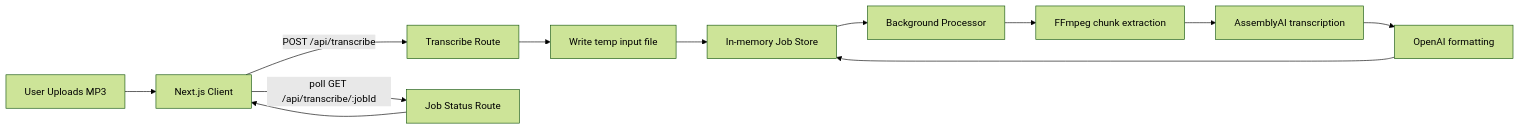
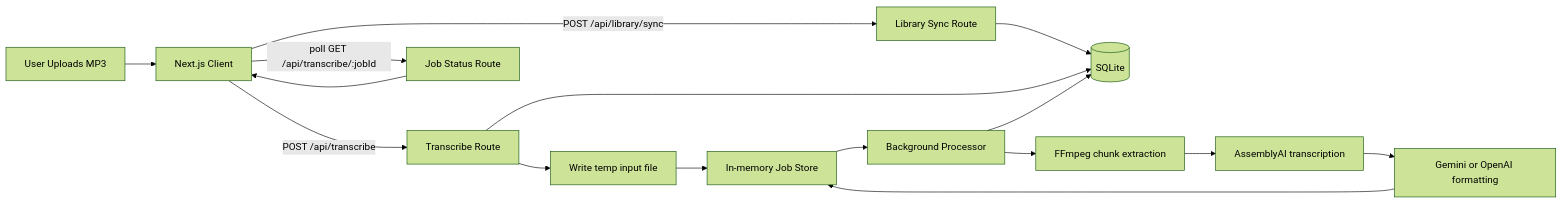
Before and after one commit to binyominzeev/shiur-reader-app: the diagram in README.md, drawn with Mermaid (forest theme). The commit also changed other lines of this file and 18 other files, not shown here.

````diff
--- a/README.md
+++ b/README.md
@@ -43,14 +52,18 @@
 ```mermaid
 flowchart LR
 	U[User Uploads MP3] --> FE[Next.js Client]
+	FE -->|POST /api/library/sync| LIB[Library Sync Route]
+	LIB --> DB[(SQLite)]
 	FE -->|POST /api/transcribe| API1[Transcribe Route]
+	API1 --> DB
 	API1 --> TMP[Write temp input file]
 	TMP --> JOB[In-memory Job Store]
 	JOB --> BG[Background Processor]
 	BG --> FFMPEG[FFmpeg chunk extraction]
 	FFMPEG --> AAI[AssemblyAI transcription]
-	AAI --> OAI[OpenAI formatting]
-	OAI --> JOB
+	AAI --> FMT[Gemini or OpenAI formatting]
+	FMT --> JOB
+	BG --> DB
 	FE -->|poll GET /api/transcribe/:jobId| API2[Job Status Route]
 	API2 --> FE
 ```
````
